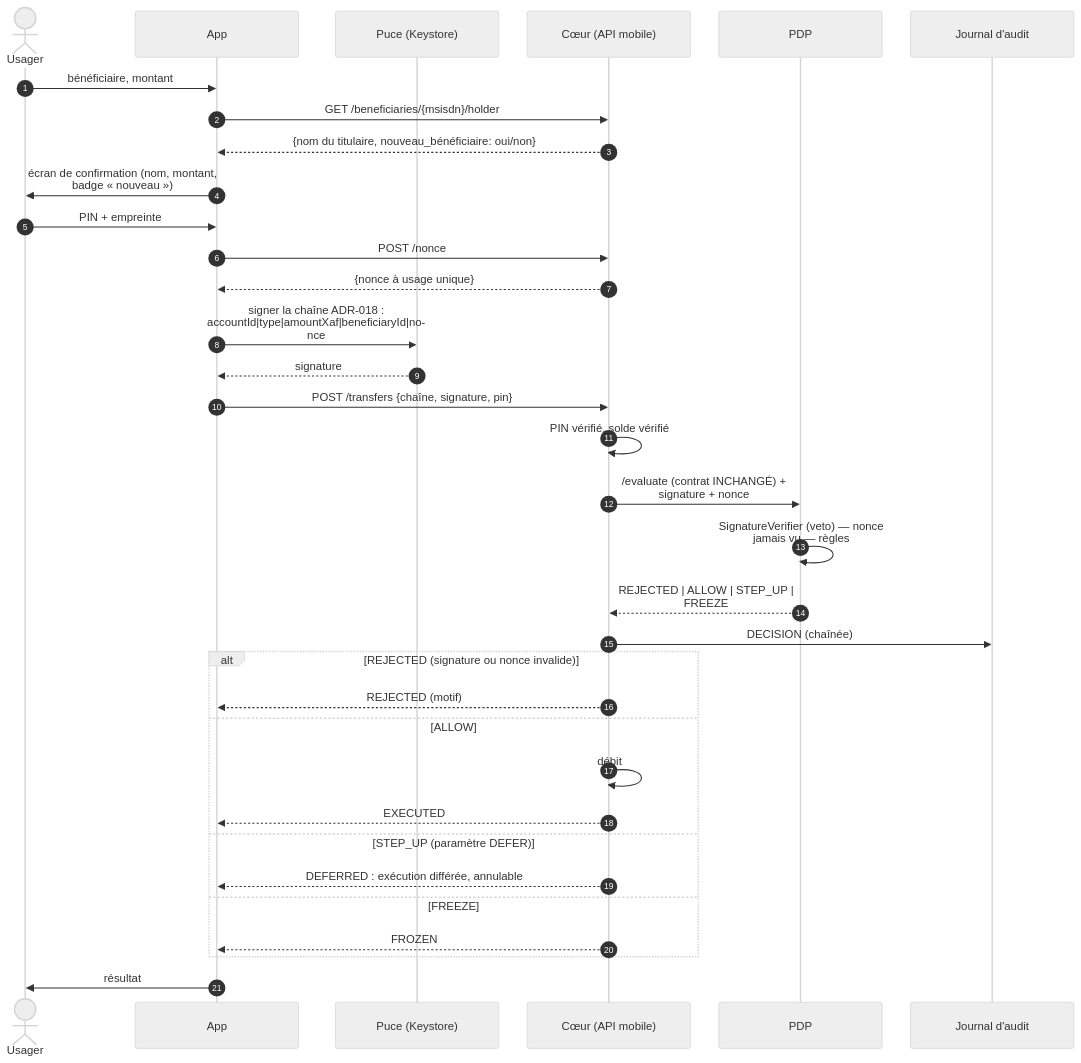
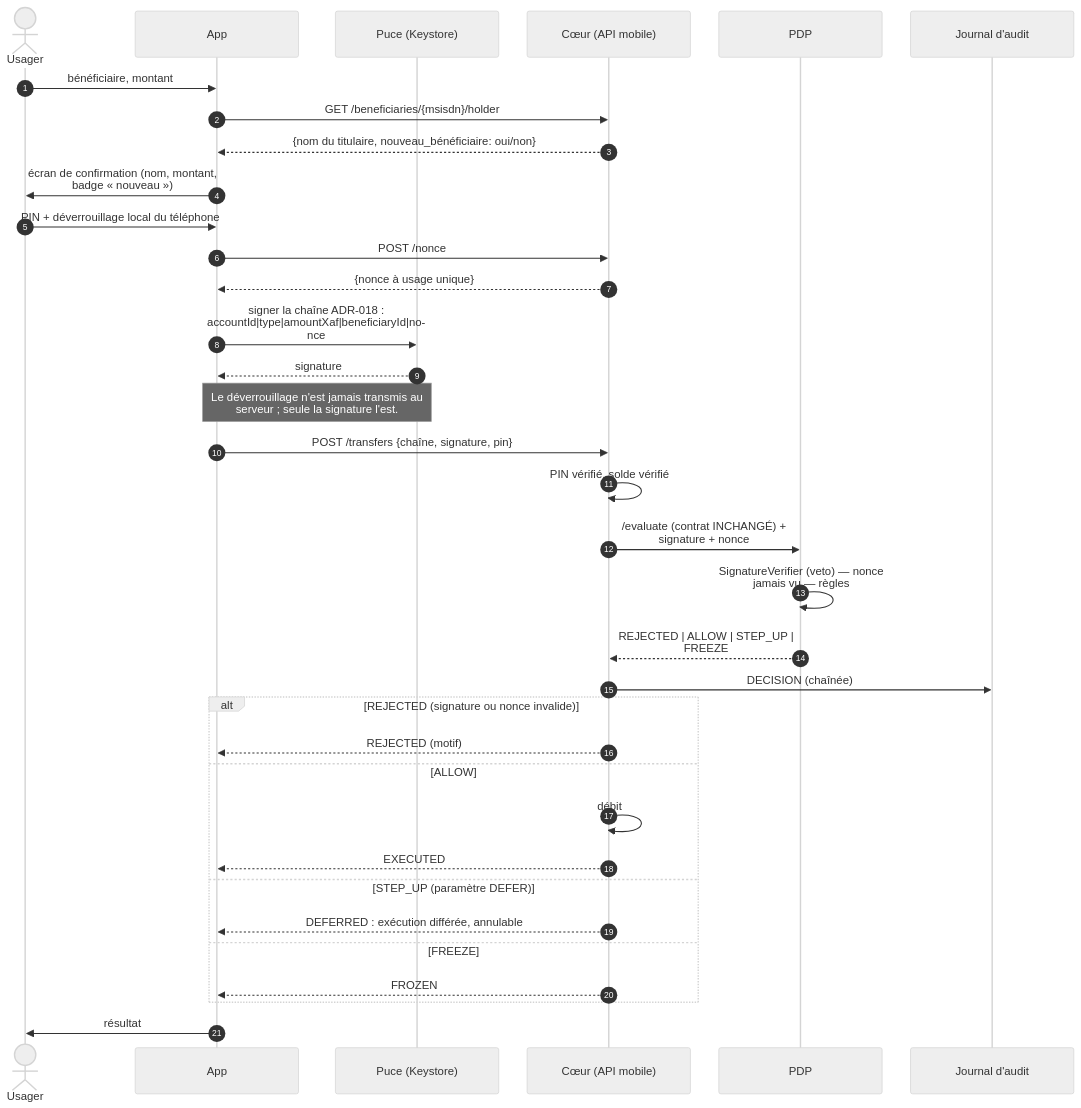
One commit to kateyvana/Identishield-CM changed the diagram in docs/02-specifications/mobile/diagrams/D3_envoi.mmd. Above: the diagram before and after it, drawn with Mermaid. The commit also changed 12 other files, not shown here.

First line of the commit message:
docs(mobile): MOB-VOCAB — « empreinte » remplacé ; la biométrie n'est pas un facteur

```diff
--- a/docs/02-specifications/mobile/diagrams/D3_envoi.mmd
+++ b/docs/02-specifications/mobile/diagrams/D3_envoi.mmd
@@ -1,35 +1,36 @@
 %%{init: {'theme':'neutral','sequence':{'wrap':true,'width':230,'messageFontSize':17,'actorFontSize':17,'noteFontSize':16,'actorMargin':40,'messageMargin':30}}}%%
 sequenceDiagram
     autonumber
     actor U as Usager
     participant A as App
     participant K as Puce (Keystore)
     participant S as Cœur (API mobile)
     participant P as PDP
     participant J as Journal d'audit
     U->>A: bénéficiaire, montant
     A->>S: GET /beneficiaries/{msisdn}/holder
     S-->>A: {nom du titulaire, nouveau_bénéficiaire: oui/non}
     A->>U: écran de confirmation (nom, montant, badge « nouveau »)
-    U->>A: PIN + empreinte
+    U->>A: PIN + déverrouillage local du téléphone
     A->>S: POST /nonce
     S-->>A: {nonce à usage unique}
     A->>K: signer la chaîne ADR-018 : accountId|type|amountXaf|beneficiaryId|nonce
     K-->>A: signature
+    Note over A,K: Le déverrouillage n'est jamais transmis au serveur #59; seule la signature l'est.
     A->>S: POST /transfers {chaîne, signature, pin}
     S->>S: PIN vérifié, solde vérifié
     S->>P: /evaluate (contrat INCHANGÉ) + signature + nonce
     P->>P: SignatureVerifier (veto) — nonce jamais vu — règles
     P-->>S: REJECTED | ALLOW | STEP_UP | FREEZE
     S->>J: DECISION (chaînée)
     alt REJECTED (signature ou nonce invalide)
         S-->>A: REJECTED (motif)
     else ALLOW
         S->>S: débit
         S-->>A: EXECUTED
     else STEP_UP (paramètre DEFER)
         S-->>A: DEFERRED : exécution différée, annulable
     else FREEZE
         S-->>A: FROZEN
     end
     A->>U: résultat
```
